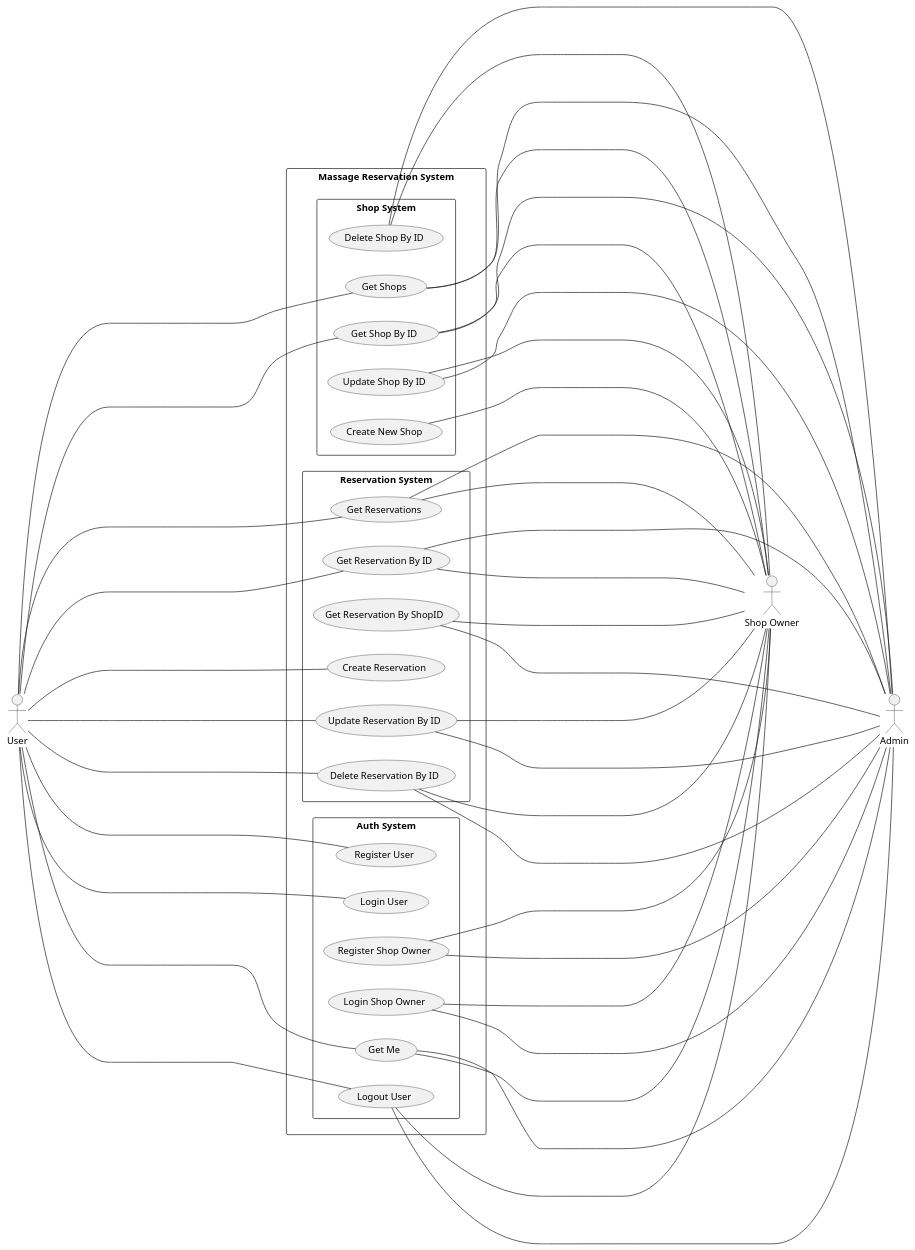
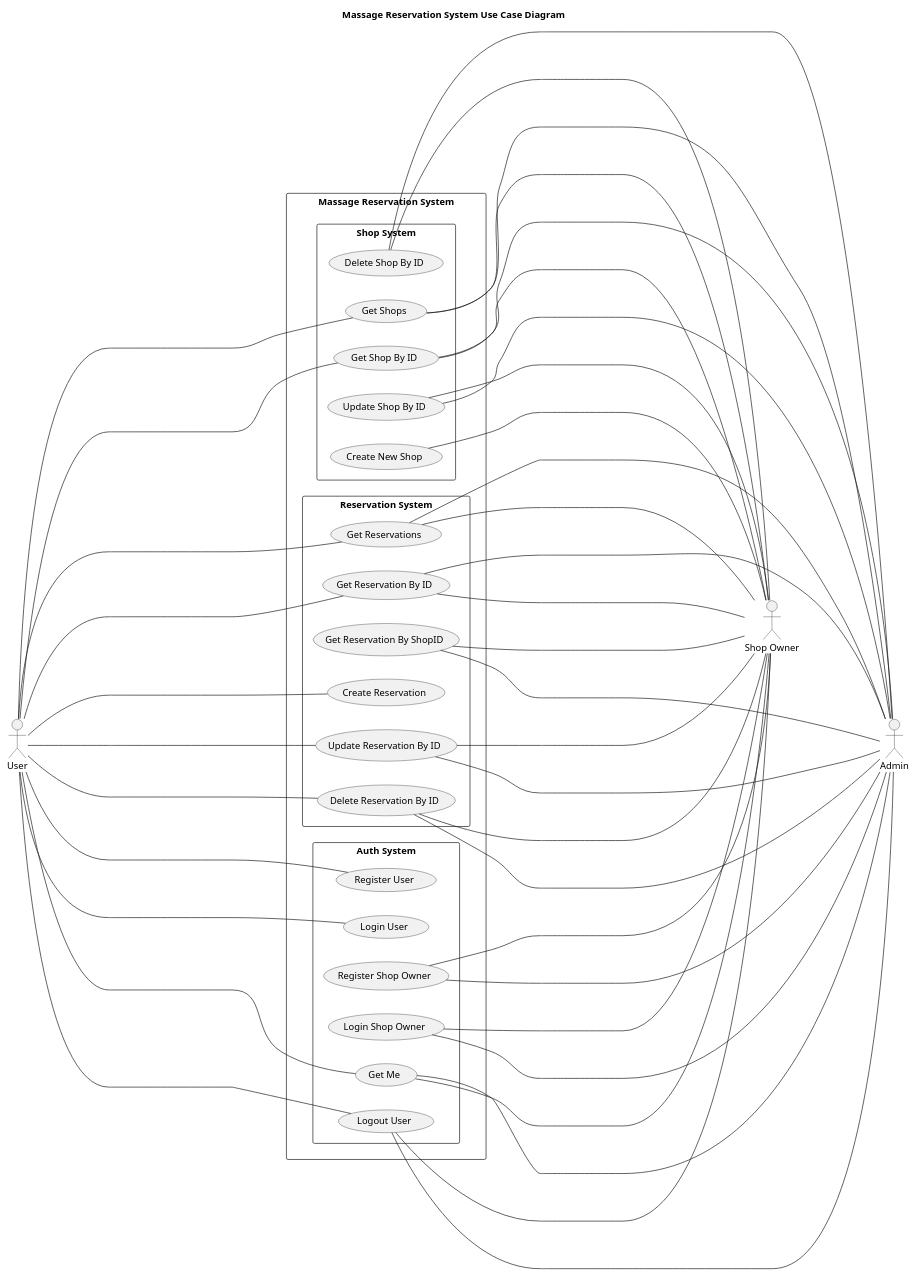
Before and after one commit to JomnoiZ/SWDevPracProject: the diagram in puml/UseCase.puml, drawn with PlantUML. The commit also changed 4 other files, not shown here.

Commit message:
fix: update diagrams

```diff
--- a/puml/UseCase.puml
+++ b/puml/UseCase.puml
@@ -1,77 +1,80 @@
-@startuml Massage Reservation Use Case Diagram
+@startuml Massage Reservation System Use Case Diagram
+
+title "Massage Reservation System Use Case Diagram"
+
 left to right direction
 
 actor "User" as user
 actor "Shop Owner" as shopOwner
 actor "Admin" as admin
 
 rectangle "Massage Reservation System" as MassageReservationSystem {
     rectangle "Shop System" as ShopSystem {
         usecase "Get Shops" as getShops
         usecase "Get Shop By ID" as getShopByID
         usecase "Create New Shop" as createShop
         usecase "Update Shop By ID" as updateShopByID
         usecase "Delete Shop By ID" as deleteShopByID
     }
 
     rectangle "Reservation System" as ReservationSystem {
         usecase "Get Reservations" as getReservations
         usecase "Get Reservation By ID" as getReservationByID
         usecase "Get Reservation By ShopID" as getReservationByShopID
         usecase "Create Reservation" as createReservation
         usecase "Update Reservation By ID" as updateReservationByID
         usecase "Delete Reservation By ID" as deleteReservationByID
     }
 
     rectangle "Auth System" as AuthSystem {
         usecase "Register User" as registerUser
         usecase "Login User" as loginUser
         usecase "Register Shop Owner" as registerShopOwner
         usecase "Login Shop Owner" as loginShopOwner
         usecase "Get Me" as getMe
         usecase "Logout User" as logout
     }
 }
 
 user -------- getShops
 user -------- getShopByID
 user -------- createReservation
 user -------- getReservations
 user -------- getReservationByID
 user -------- updateReservationByID
 user -------- deleteReservationByID
 user -------- registerUser
 user -------- loginUser
 user -------- getMe
 user -------- logout
 
 getShops -------- shopOwner
 getShopByID -------- shopOwner
 createShop -------- shopOwner
 updateShopByID -------- shopOwner
 deleteShopByID -------- shopOwner
 getReservations -------- shopOwner
 getReservationByID -------- shopOwner
 getReservationByShopID -------- shopOwner
 updateReservationByID -------- shopOwner
 deleteReservationByID -------- shopOwner
 registerShopOwner -------- shopOwner
 loginShopOwner -------- shopOwner
 getMe -------- shopOwner
 logout -------- shopOwner
 
 getShops ---------- admin
 getShopByID ---------- admin
 updateShopByID ---------- admin
 deleteShopByID ---------- admin
 getReservations ---------- admin
 getReservationByID ---------- admin
 getReservationByShopID ---------- admin
 updateReservationByID ---------- admin
 deleteReservationByID ---------- admin
 registerShopOwner ---------- admin
 loginShopOwner ---------- admin
 getMe ---------- admin
 logout ---------- admin
 
 @enduml
```
